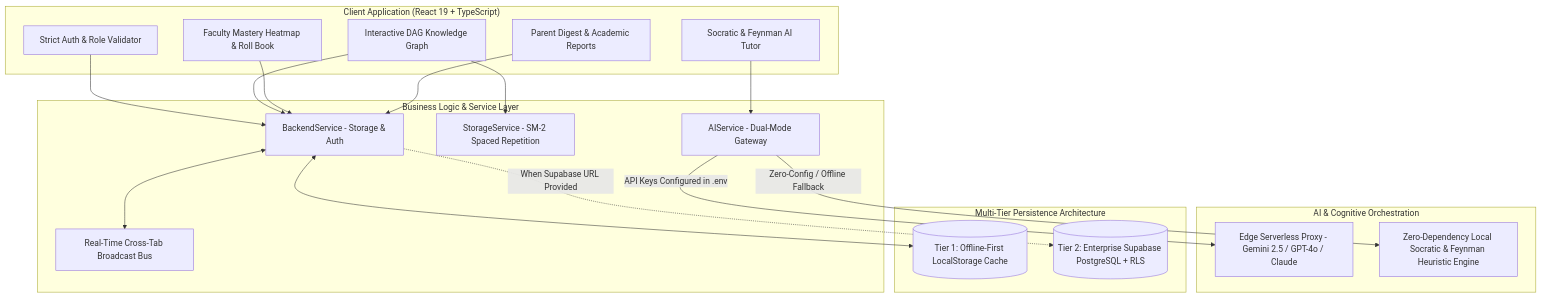
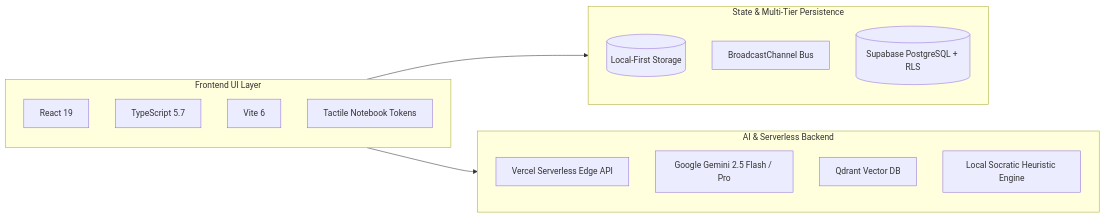
One commit to 10-Mohan/edtech changed the diagram in README.md. Above: the diagram before and after it, drawn with Mermaid. The commit also changed other lines of this file, not shown here.

Commit message:
docs: restructure README with prominent Backend/Database in Tech Stack, embedded screenshots, 41 Vitest test table, CI/CD pipeline, and development timeline

````diff
--- a/README.md
+++ b/README.md
@@ -131,41 +91,25 @@
 ```mermaid
-flowchart TD
-    subgraph Client["Client Application (React 19 + TypeScript)"]
-        AUTH[Strict Auth & Role Validator]
-        KG[Interactive DAG Knowledge Graph]
-        FEYN[Socratic & Feynman AI Tutor]
-        TEACH[Faculty Mastery Heatmap & Roll Book]
-        PARENT[Parent Digest & Academic Reports]
+flowchart LR
+    subgraph UI["Frontend UI Layer"]
+        R[React 19]
+        TS[TypeScript 5.7]
+        V[Vite 6]
+        CSS[Tactile Notebook Tokens]
     end
 
-    subgraph Logic["Business Logic & Service Layer"]
-        BACKEND[BackendService - Storage & Auth]
-        SM2_SRV[StorageService - SM-2 Spaced Repetition]
-        AI_SRV[AIService - Dual-Mode Gateway]
-        SYNC_BUS[Real-Time Cross-Tab Broadcast Bus]
+    subgraph State["State & Multi-Tier Persistence"]
+        LS[(Local-First Storage)]
+        BC[BroadcastChannel Bus]
+        PG[(Supabase PostgreSQL + RLS)]
     end
 
-    subgraph AI_Gateway["AI & Cognitive Orchestration"]
-        GEMINI[Edge Serverless Proxy - Gemini 2.5 / GPT-4o / Claude]
-        FALLBACK[Zero-Dependency Local Socratic & Feynman Heuristic Engine]
+    subgraph AI_Backend["AI & Serverless Backend"]
+        VCL[Vercel Serverless Edge API]
+        GEM[Google Gemini 2.5 Flash / Pro]
+        QDR[Qdrant Vector DB]
+        FALL[Local Socratic Heuristic Engine]
     end
 
-    subgraph Persistence["Multi-Tier Persistence Architecture"]
-        LOCAL[(Tier 1: Offline-First LocalStorage Cache)]
-        SUPA[(Tier 2: Enterprise Supabase PostgreSQL + RLS)]
-    end
-
-    AUTH --> BACKEND
-    KG --> BACKEND
-    TEACH --> BACKEND
-    PARENT --> BACKEND
-    KG --> SM2_SRV
-    BACKEND <--> SYNC_BUS
-
-    FEYN --> AI_SRV
-    AI_SRV -->|API Keys Configured in .env| GEMINI
-    AI_SRV -->|Zero-Config / Offline Fallback| FALLBACK
-
-    BACKEND <--> LOCAL
-    BACKEND -.->|When Supabase URL Provided| SUPA
+    UI --> State
+    UI --> AI_Backend
 ```
````
